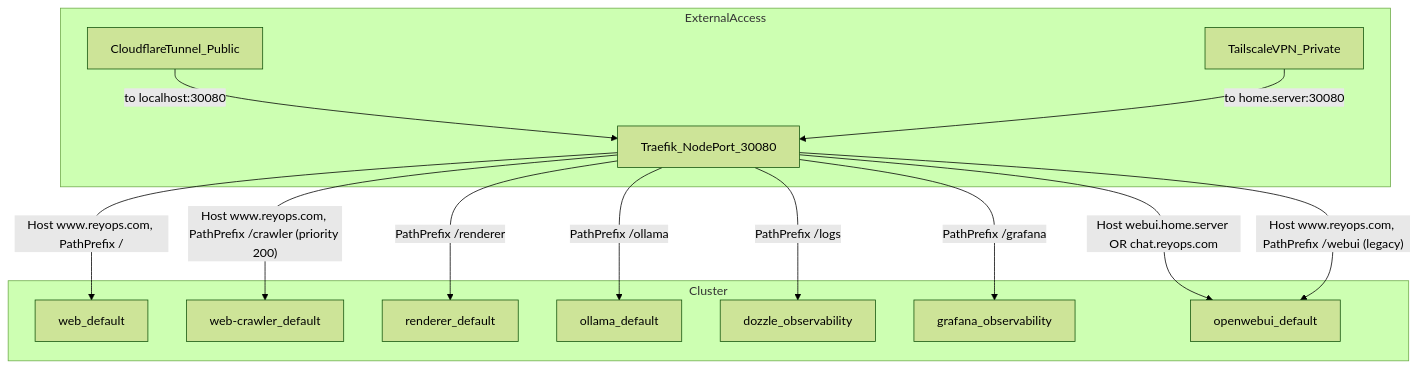
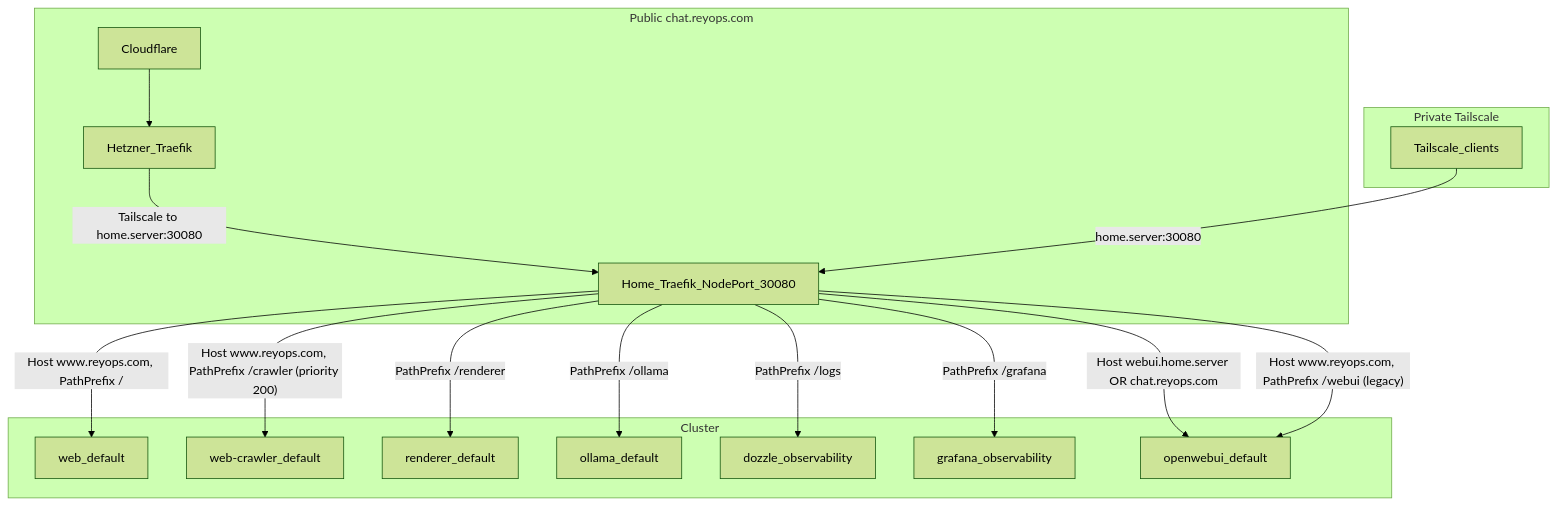
One commit to Caos-Ordenado/portfolio changed the first of 2 diagrams in README.md. Above: the diagram before and after it, drawn with Mermaid (forest theme). The commit also changed 6 other files, not shown here.

````diff
--- a/README.md
+++ b/README.md
@@ -45,29 +45,33 @@
 ```mermaid
 flowchart TB
-  subgraph ExternalAccess
-    CloudflareTunnel[CloudflareTunnel_Public] -->|"to localhost:30080"| TraefikWeb
-    TailscaleVPN[TailscaleVPN_Private] -->|"to home.server:30080"| TraefikWeb
+  subgraph publicChat [Public chat.reyops.com]
+    CF[Cloudflare] --> HZTraefik[Hetzner_Traefik]
+    HZTraefik -->|"Tailscale to home.server:30080"| TraefikWeb
+  end
+
+  subgraph privateAccess [Private Tailscale]
+    TailscaleVPN[Tailscale_clients] -->|"home.server:30080"| TraefikWeb
   end
 
   subgraph Cluster
-    TraefikWeb[Traefik_NodePort_30080]
+    TraefikWeb[Home_Traefik_NodePort_30080]
 
     Web[web_default]
     WebCrawler[web-crawler_default]
     Renderer[renderer_default]
     Ollama[ollama_default]
     Dozzle[dozzle_observability]
     Grafana[grafana_observability]
     OpenWebUI[openwebui_default]
   end
 
   TraefikWeb -->|"Host www.reyops.com, PathPrefix /"| Web
   TraefikWeb -->|"Host www.reyops.com, PathPrefix /crawler (priority 200)"| WebCrawler
   TraefikWeb -->|"PathPrefix /renderer"| Renderer
   TraefikWeb -->|"PathPrefix /ollama"| Ollama
   TraefikWeb -->|"PathPrefix /logs"| Dozzle
   TraefikWeb -->|"PathPrefix /grafana"| Grafana
 
   TraefikWeb -->|"Host webui.home.server OR chat.reyops.com"| OpenWebUI
   TraefikWeb -->|"Host www.reyops.com, PathPrefix /webui (legacy)"| OpenWebUI
 ```
````
